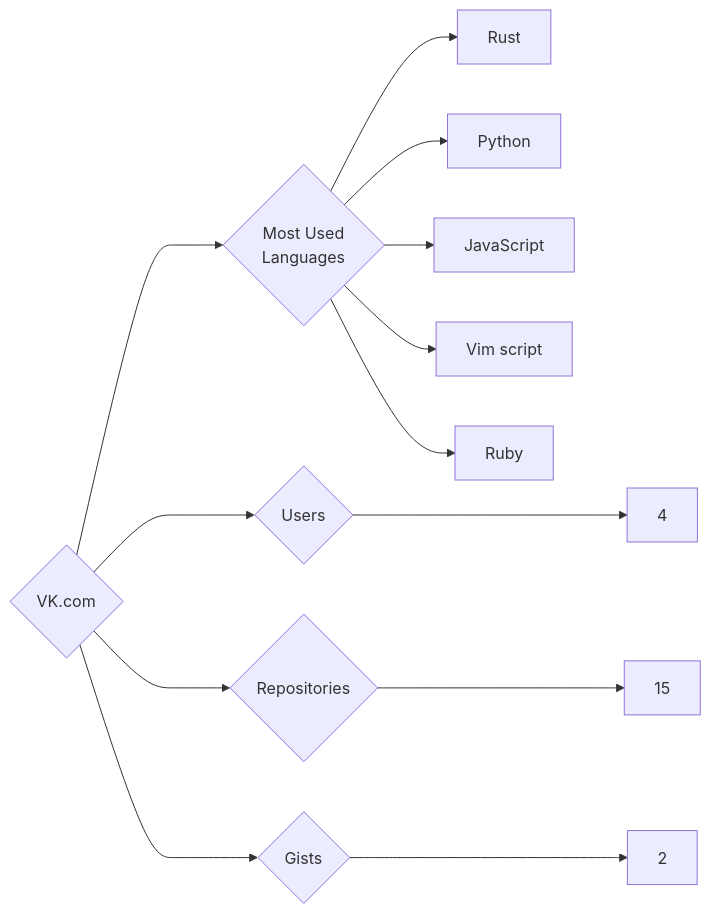
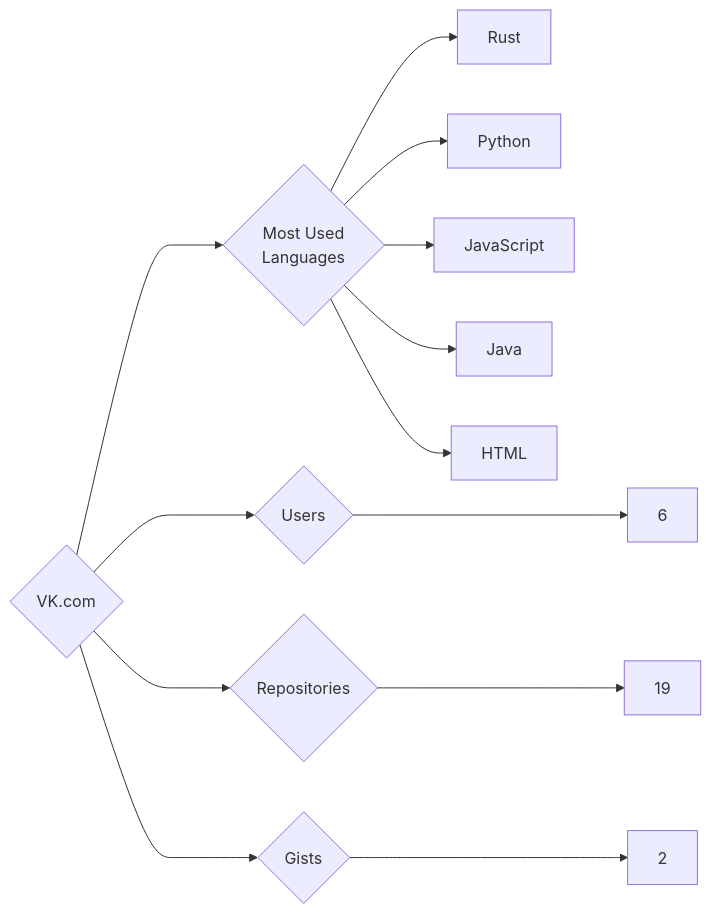
The diagram in targets/VK.com/README.md (trickest/insiders), drawn with Mermaid before and after one commit. The commit also changed 534 other files, not shown here.

````diff
--- a/targets/VK.com/README.md
+++ b/targets/VK.com/README.md
@@ -3,13 +3,13 @@
 ```mermaid
 graph LR
 COMPANY_NAME{VK.com}
-COMPANY_NAME ---> U{Users} ---> UN[4]
-COMPANY_NAME ---> R{Repositories} ---> RN[15]
+COMPANY_NAME ---> U{Users} ---> UN[6]
+COMPANY_NAME ---> R{Repositories} ---> RN[19]
 COMPANY_NAME ---> G{Gists} ---> GN[2]
 COMPANY_NAME ---> ML{Most Used<br>Languages}
 ML --> Rust[Rust]
 ML --> Python[Python]
 ML --> JavaScript[JavaScript]
-ML --> Vim_script[Vim script]
-ML --> Ruby[Ruby]
+ML --> Java[Java]
+ML --> HTML[HTML]
 ```
````
